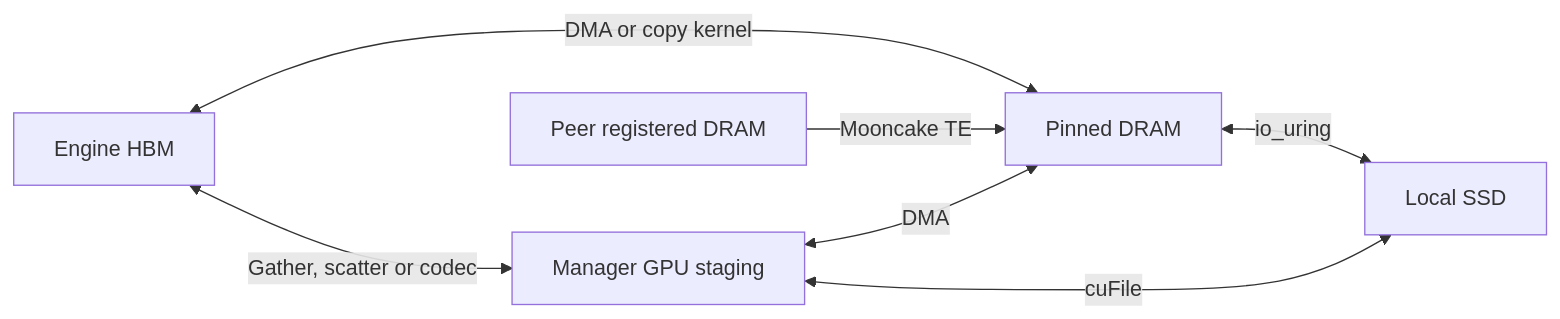
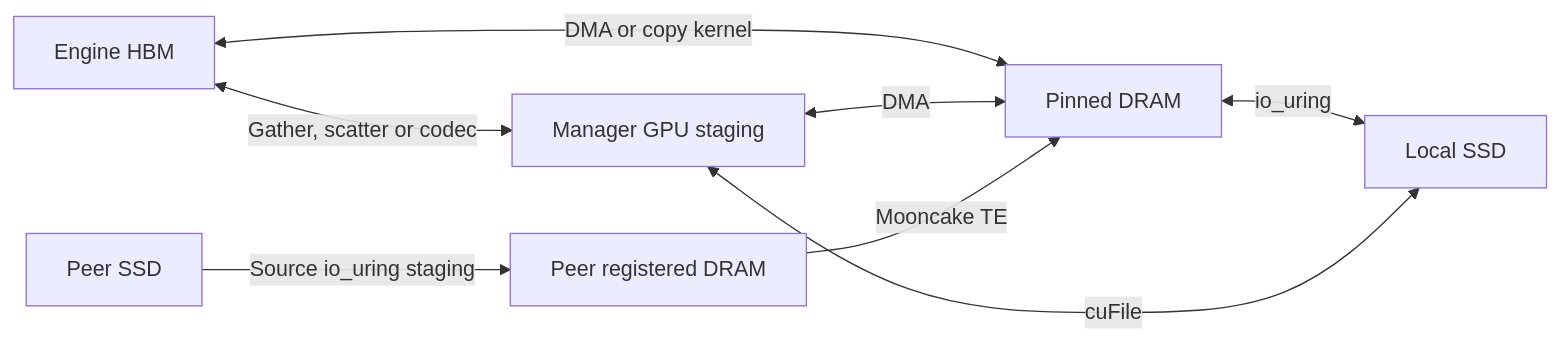
One commit to feichai0017/orbitkv changed the second of 3 diagrams in docs/state-planning.md. Above: the diagram before and after it, drawn with Mermaid. The commit also changed other lines of this file and 25 other files, not shown here.

Commit message:
feat(core): execute peer ssd read routes

````diff
--- a/docs/state-planning.md
+++ b/docs/state-planning.md
@@ -536,9 +538,10 @@
 ```mermaid
 flowchart LR
     H[Engine HBM] <-->|DMA or copy kernel| D[Pinned DRAM]
     H <-->|Gather, scatter or codec| G[Manager GPU staging]
     G <-->|DMA| D
     D <-->|io_uring| S[Local SSD]
     G <-->|cuFile| S
     P[Peer registered DRAM] -->|Mooncake TE| D
+    PS[Peer SSD] -->|Source io_uring staging| P
 ```
````
